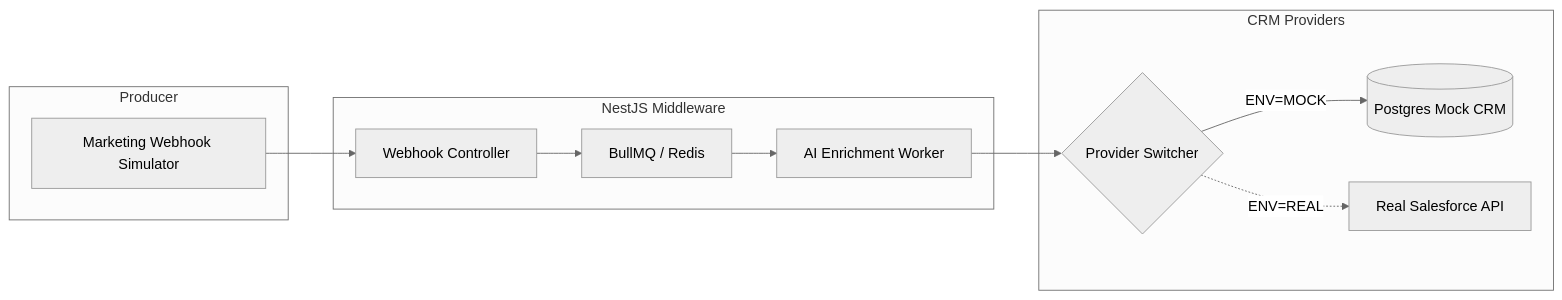
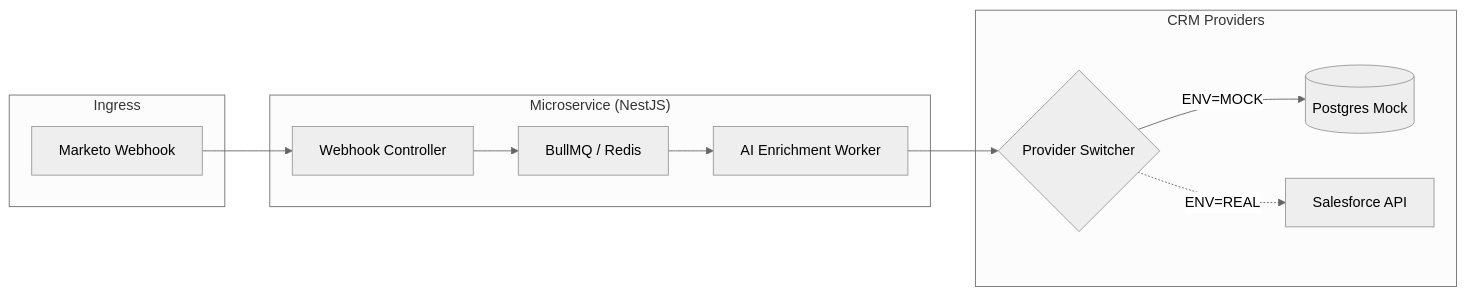
Before and after one commit to sphoortimirji5/Lead-to-Revenue-Catalyst: the diagram in README.md, drawn with Mermaid (neutral theme). The commit also changed other lines of this file and 3 other files, not shown here.

````diff
--- a/README.md
+++ b/README.md
@@ -37,25 +22,25 @@
 ```mermaid
 graph LR
-    subgraph "Producer"
-        M[Marketing Webhook Simulator]
+    subgraph "Ingress"
+        M[Marketo Webhook]
     end
 
-    subgraph "NestJS Middleware"
+    subgraph "Microservice (NestJS)"
         C[Webhook Controller]
         Q[BullMQ / Redis]
         W[AI Enrichment Worker]
     end
 
     subgraph "CRM Providers"
         P{Provider Switcher}
-        DB[(Postgres Mock CRM)]
-        API[Real Salesforce API]
+        DB[(Postgres Mock)]
+        API[Salesforce API]
     end
 
     M --> C
     C --> Q
     Q --> W
     W --> P
     P -->|ENV=MOCK| DB
     P -.->|ENV=REAL| API
 ```
````
